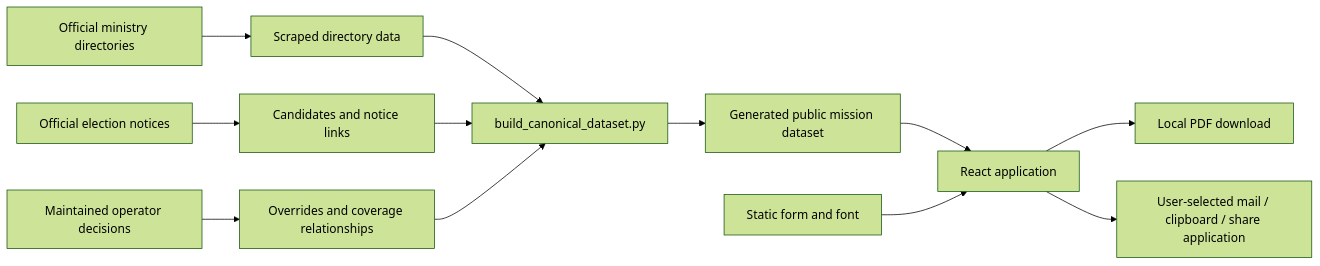
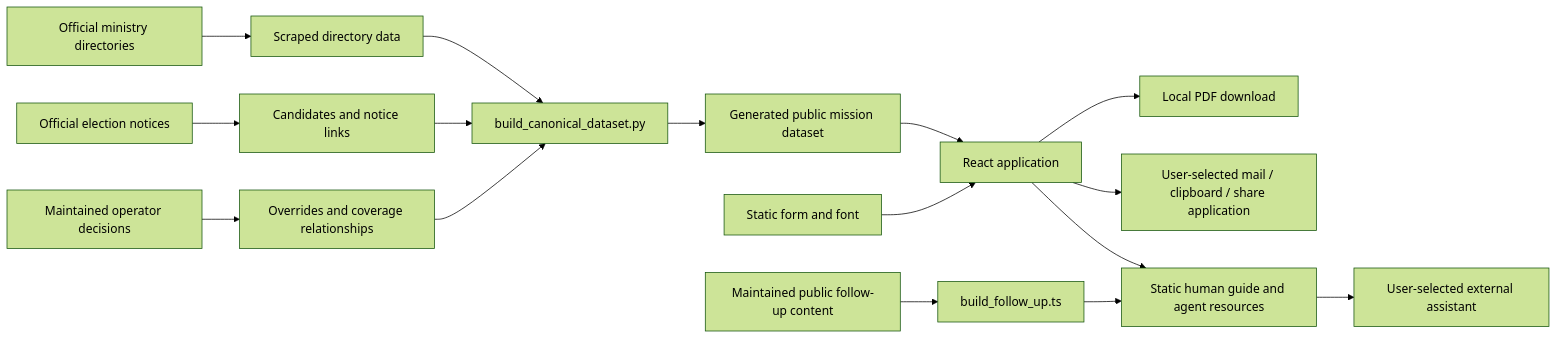
The diagram in docs/architecture.md (vokativ/glasanje), drawn with Mermaid (forest theme) before and after one commit. The commit also changed other lines of this file and 30 other files, not shown here.

First line of the commit message:
Add voter-registration follow-up guide and agent handoff

````diff
--- a/docs/architecture.md
+++ b/docs/architecture.md
@@ -7,14 +7,18 @@
 ```mermaid
 flowchart LR
   MFA[Official ministry directories] --> Raw[Scraped directory data]
   Notice[Official election notices] --> Evidence[Candidates and notice links]
   Operator[Maintained operator decisions] --> Overrides[Overrides and coverage relationships]
   Raw --> Builder[build_canonical_dataset.py]
   Evidence --> Builder
   Overrides --> Builder
   Builder --> Public[Generated public mission dataset]
   Public --> Browser[React application]
   Assets[Static form and font] --> Browser
   Browser --> PDF[Local PDF download]
   Browser --> Handoff[User-selected mail / clipboard / share application]
+  Content[Maintained public follow-up content] --> GuideBuilder[build_follow_up.ts]
+  GuideBuilder --> Guide[Static human guide and agent resources]
+  Browser --> Guide
+  Guide --> Assistant[User-selected external assistant]
 ```
````
